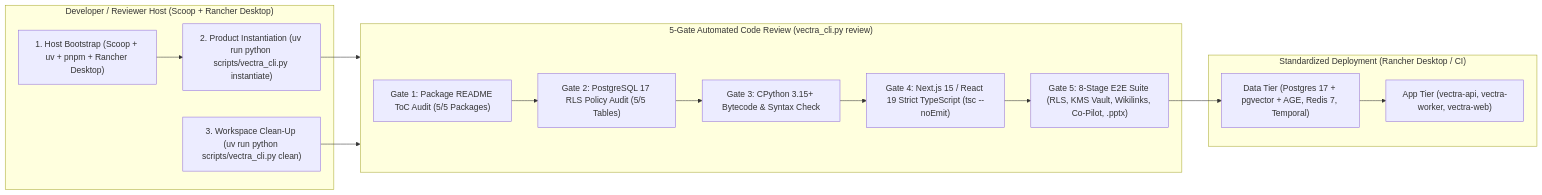
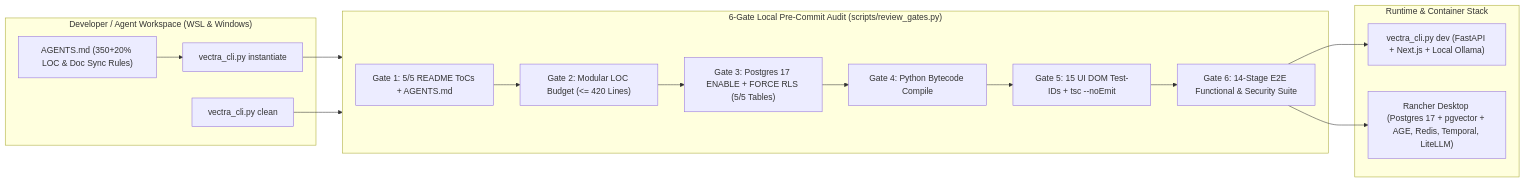
Before and after one commit to lithix-src/vectra: the diagram in DEPLOYMENT_AND_REVIEW_ARCHITECTURE.md, drawn with Mermaid. The commit also changed other lines of this file and 53 other files, not shown here.

````diff
--- a/DEPLOYMENT_AND_REVIEW_ARCHITECTURE.md
+++ b/DEPLOYMENT_AND_REVIEW_ARCHITECTURE.md
@@ -20,26 +20,28 @@
 ```mermaid
 flowchart LR
-    subgraph Host["Developer / Reviewer Host (Scoop + Rancher Desktop)"]
-        Bootstrap["1. Host Bootstrap (Scoop + uv + pnpm + Rancher Desktop)"]
-        Inst["2. Product Instantiation (uv run python scripts/vectra_cli.py instantiate)"]
-        Clean["3. Workspace Clean-Up (uv run python scripts/vectra_cli.py clean)"]
+    subgraph Host["Developer / Agent Workspace (WSL & Windows)"]
+        Rules["AGENTS.md (350+20% LOC & Doc Sync Rules)"]
+        Inst["vectra_cli.py instantiate"]
+        Clean["vectra_cli.py clean"]
     end
 
-    subgraph Review["5-Gate Automated Code Review (vectra_cli.py review)"]
-        G1["Gate 1: Package README ToC Audit (5/5 Packages)"]
-        G2["Gate 2: PostgreSQL 17 RLS Policy Audit (5/5 Tables)"]
-        G3["Gate 3: CPython 3.15+ Bytecode & Syntax Check"]
-        G4["Gate 4: Next.js 15 / React 19 Strict TypeScript (tsc --noEmit)"]
-        G5["Gate 5: 8-Stage E2E Suite (RLS, KMS Vault, Wikilinks, Co-Pilot, .pptx)"]
+    subgraph Review["6-Gate Local Pre-Commit Audit (scripts/review_gates.py)"]
+        G1["Gate 1: 5/5 README ToCs + AGENTS.md"]
+        G2["Gate 2: Modular LOC Budget (<= 420 Lines)"]
+        G3["Gate 3: Postgres 17 ENABLE + FORCE RLS (5/5 Tables)"]
+        G4["Gate 4: Python Bytecode Compile"]
+        G5["Gate 5: 15 UI DOM Test-IDs + tsc --noEmit"]
+        G6["Gate 6: 14-Stage E2E Functional & Security Suite"]
     end
 
-    subgraph Deploy["Standardized Deployment (Rancher Desktop / CI)"]
-        Infra["Data Tier (Postgres 17 + pgvector + AGE, Redis 7, Temporal)"]
-        AppStack["App Tier (vectra-api, vectra-worker, vectra-web)"]
+    subgraph Deploy["Runtime & Container Stack"]
+        Dev["vectra_cli.py dev (FastAPI + Next.js + Local Ollama)"]
+        Containers["Rancher Desktop (Postgres 17 + pgvector + AGE, Redis, Temporal, LiteLLM)"]
     end
 
-    Bootstrap --> Inst --> Review
+    Rules --> Inst --> Review
     Clean --> Review
-    G1 --> G2 --> G3 --> G4 --> G5
-    G5 --> Infra --> AppStack
+    G1 --> G2 --> G3 --> G4 --> G5 --> G6
+    G6 --> Dev
+    G6 --> Containers
 ```
````
